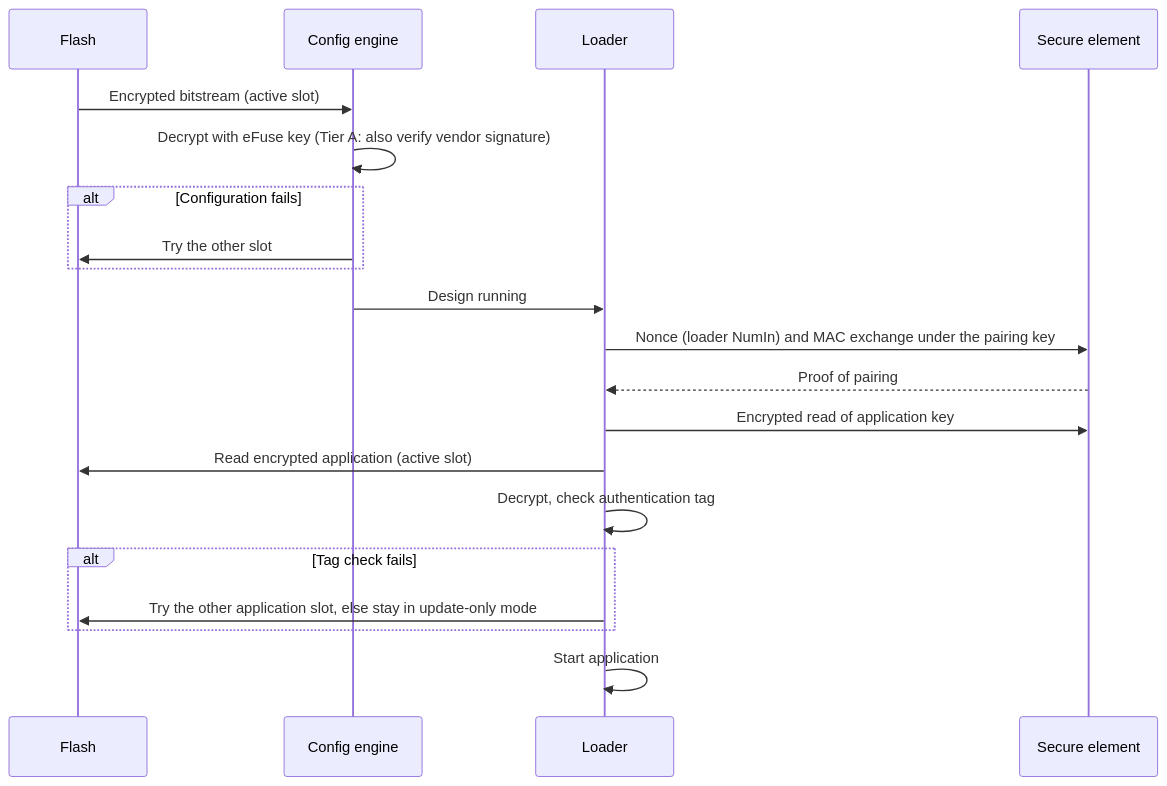
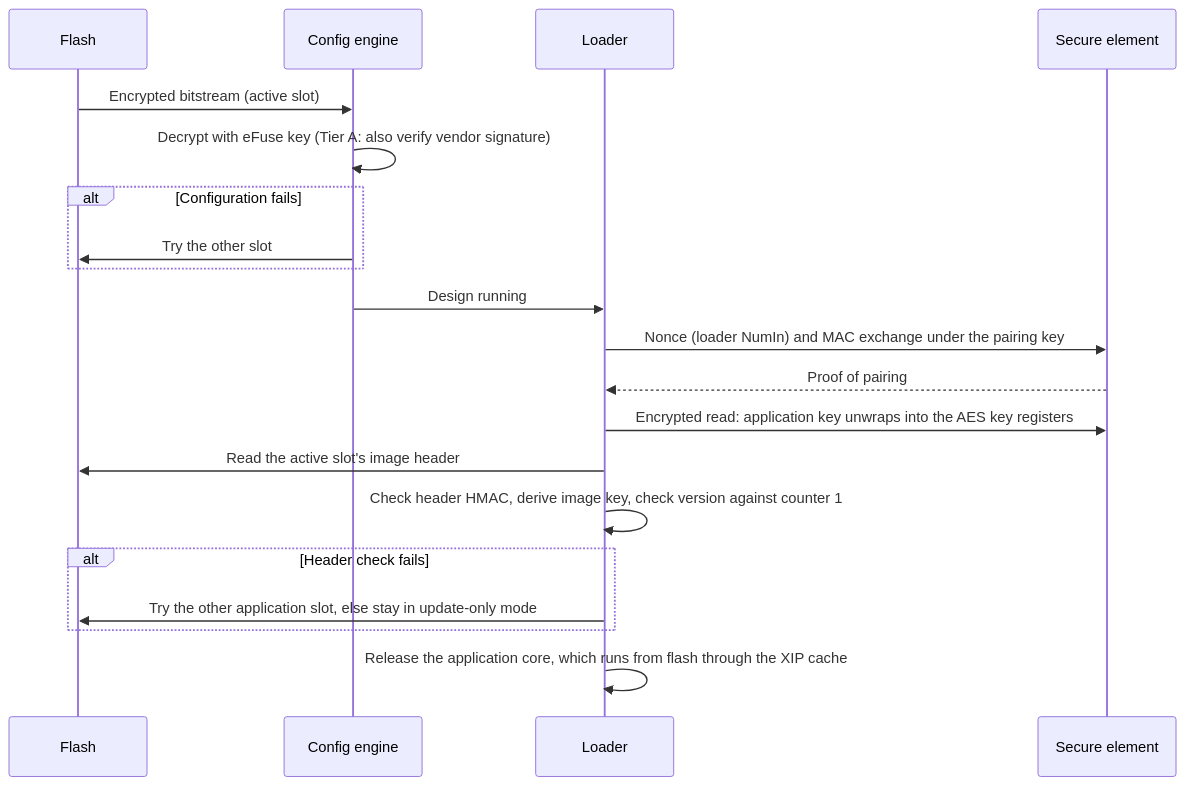
Before and after one commit to bradleyeckert/thriller: the fifth of 7 diagrams in doc/fda.md, drawn with Mermaid. The commit also changed other lines of this file and 7 other files, not shown here.

First line of the commit message:
Consistency pass: bring all docs in line with XIP, two cores, key paths, ICS55 and roles

````diff
--- a/doc/fda.md
+++ b/doc/fda.md
@@ -229,22 +229,22 @@
 ```mermaid
 sequenceDiagram
   participant F as Flash
   participant CE as Config engine
   participant L as Loader
   participant SE as Secure element
   F->>CE: Encrypted bitstream (active slot)
   CE->>CE: Decrypt with eFuse key (Tier A: also verify vendor signature)
   alt Configuration fails
     CE->>F: Try the other slot
   end
   CE->>L: Design running
   L->>SE: Nonce (loader NumIn) and MAC exchange under the pairing key
   SE-->>L: Proof of pairing
-  L->>SE: Encrypted read of application key
-  L->>F: Read encrypted application (active slot)
-  L->>L: Decrypt, check authentication tag
-  alt Tag check fails
+  L->>SE: Encrypted read: application key unwraps into the AES key registers
+  L->>F: Read the active slot's image header
+  L->>L: Check header HMAC, derive image key, check version against counter 1
+  alt Header check fails
     L->>F: Try the other application slot, else stay in update-only mode
   end
-  L->>L: Start application
+  L->>L: Release the application core, which runs from flash through the XIP cache
 ```
````
